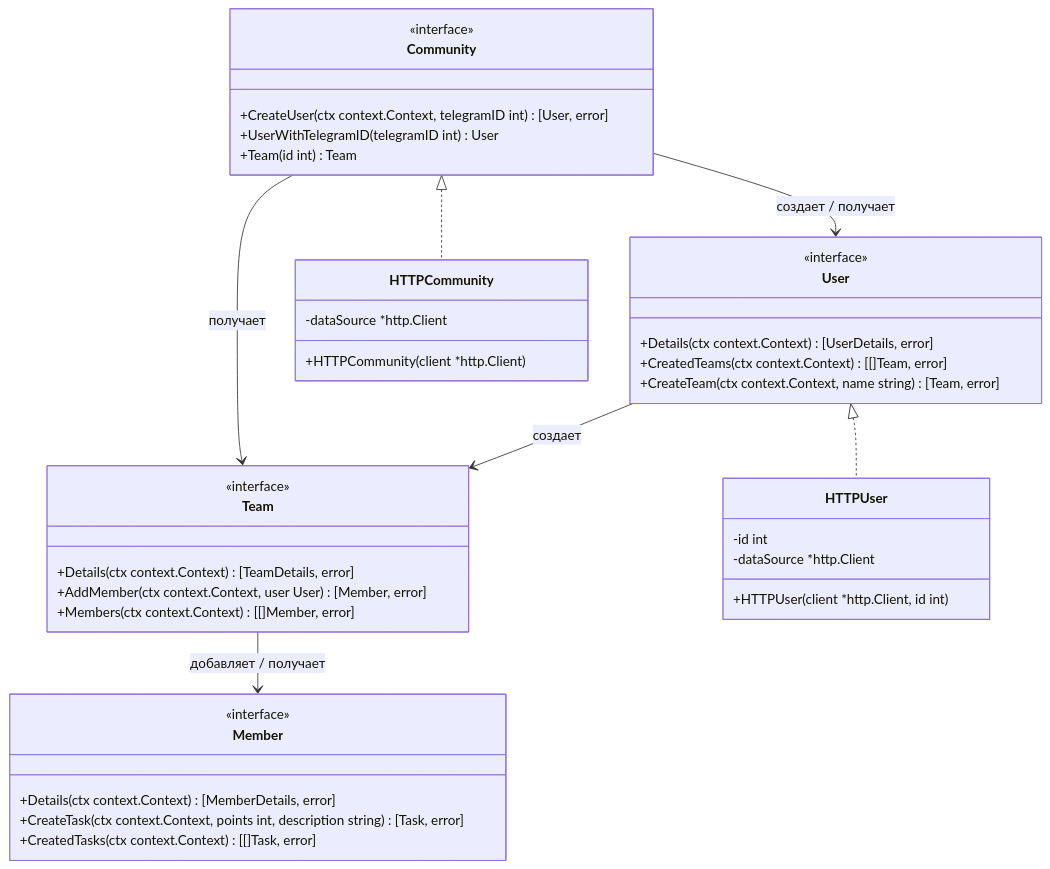
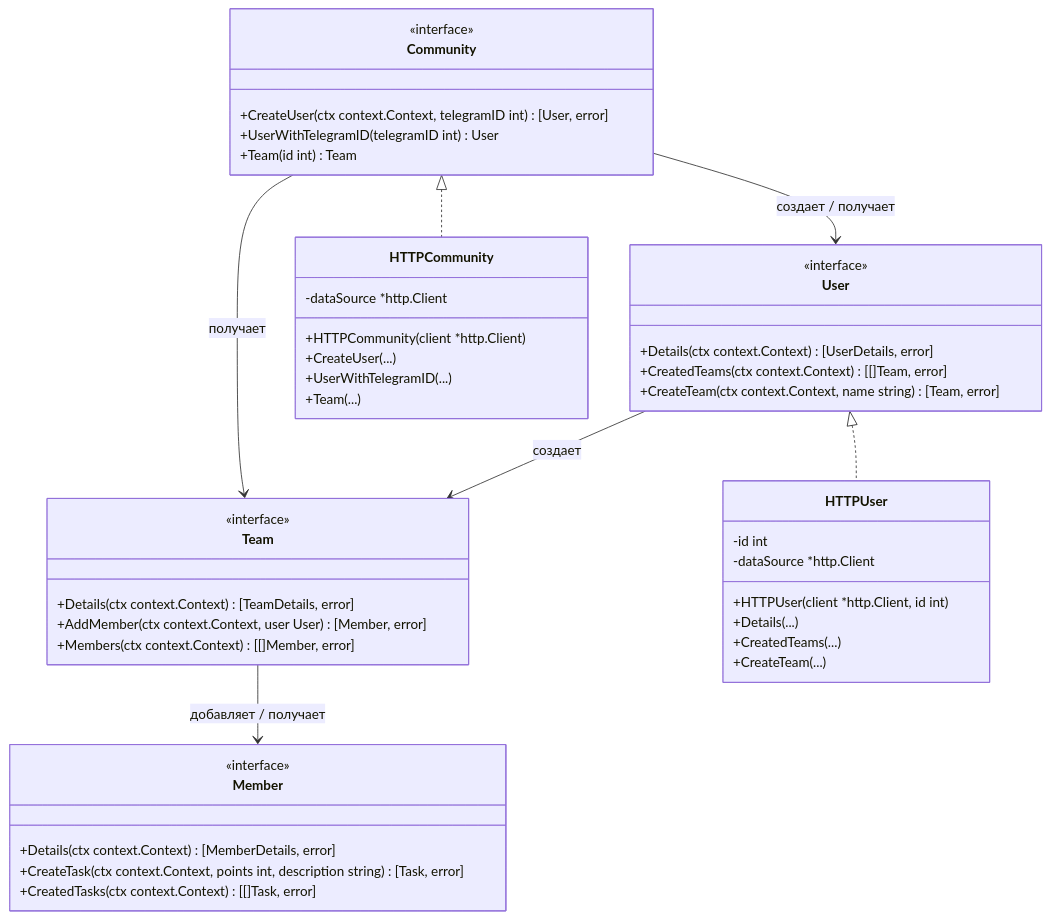
Before and after one commit to andreychh/coopera: the first of 4 diagrams in docs/ru/bot-class-diagram.md, drawn with Mermaid. The commit also changed other lines of this file, not shown here.

Commit message:
#95: Update bot class diagram with new methods for user and chat handling

````diff
--- a/docs/ru/bot-class-diagram.md
+++ b/docs/ru/bot-class-diagram.md
@@ -5,56 +5,62 @@
 ```mermaid
 classDiagram
     direction TB
 
     class Community {
         <<interface>>
         +CreateUser(ctx context.Context, telegramID int) [User, error]
         +UserWithTelegramID(telegramID int) User
         +Team(id int) Team
     }
 
     class User {
         <<interface>>
         +Details(ctx context.Context) [UserDetails, error]
         +CreatedTeams(ctx context.Context) [[]Team, error]
         +CreateTeam(ctx context.Context, name string) [Team, error]
     }
 
     class Team {
         <<interface>>
         +Details(ctx context.Context) [TeamDetails, error]
         +AddMember(ctx context.Context, user User) [Member, error]
         +Members(ctx context.Context) [[]Member, error]
     }
 
     class Member {
         <<interface>>
         +Details(ctx context.Context) [MemberDetails, error]
         +CreateTask(ctx context.Context, points int, description string) [Task, error]
         +CreatedTasks(ctx context.Context) [[]Task, error]
     }
 
 %% http
     class HTTPCommunity {
         -dataSource *http.Client
         +HTTPCommunity(client *http.Client)
+        +CreateUser(...)
+        +UserWithTelegramID(...)
+        +Team(...)
     }
     class HTTPUser {
         -id int
         -dataSource *http.Client
         +HTTPUser(client *http.Client, id int)
+        +Details(...)
+        +CreatedTeams(...)
+        +CreateTeam(...)
     }
 
 %% Отношения (связи):
 
 %% Community создает или возвращает User и Team
     Community --> Team: получает
     Community --> User: создает / получает
 %% User создает Team
     User --> Team: создает
 %% Team возвращает Member
     Team --> Member: добавляет / получает
 %% 
     User <|.. HTTPUser
     Community <|.. HTTPCommunity
 ```
````
